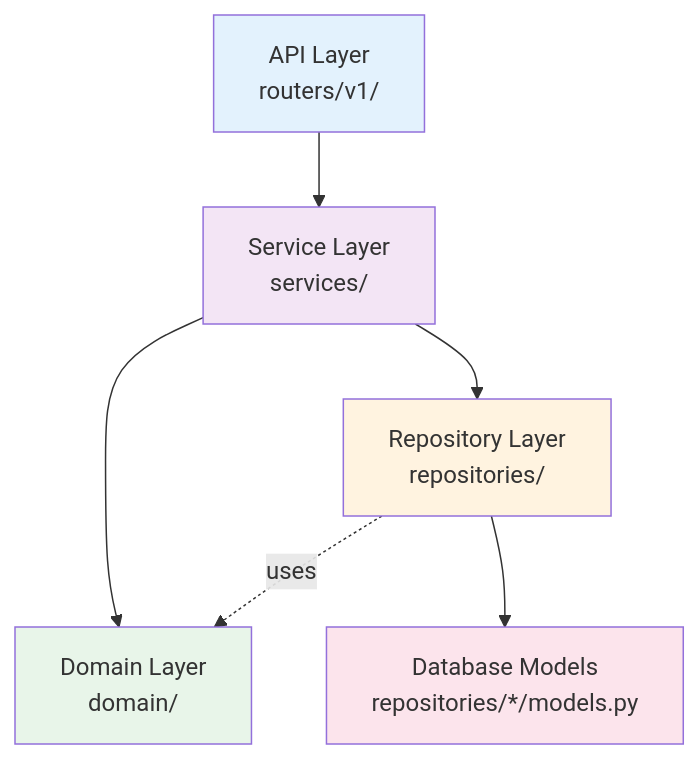
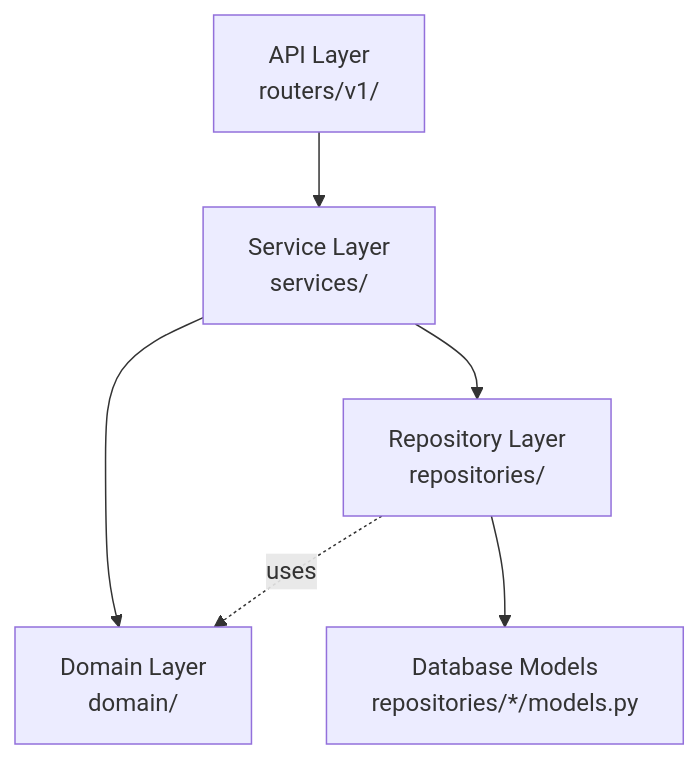
The fifth of 6 diagrams in docs/changes_from_restructure-fastapi-app_to_restructure-models.md (ELC/upskilling), drawn with Mermaid before and after one commit. The commit also changed other lines of this file, not shown here.

````diff
--- a/docs/changes_from_restructure-fastapi-app_to_restructure-models.md
+++ b/docs/changes_from_restructure-fastapi-app_to_restructure-models.md
@@ -186,14 +172,8 @@
 ```mermaid
 graph TB
     A[API Layer<br/>routers/v1/] --> B[Service Layer<br/>services/]
     B --> C[Domain Layer<br/>domain/]
     B --> D[Repository Layer<br/>repositories/]
     D --> E[Database Models<br/>repositories/*/models.py]
     D -.uses.-> C
-    
-    style A fill:#e3f2fd
-    style B fill:#f3e5f5
-    style C fill:#e8f5e9
-    style D fill:#fff3e0
-    style E fill:#fce4ec
 ```
````
